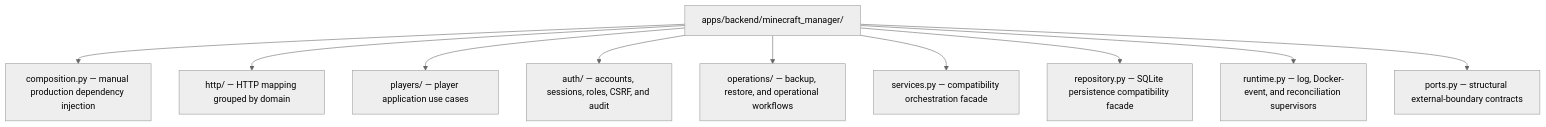
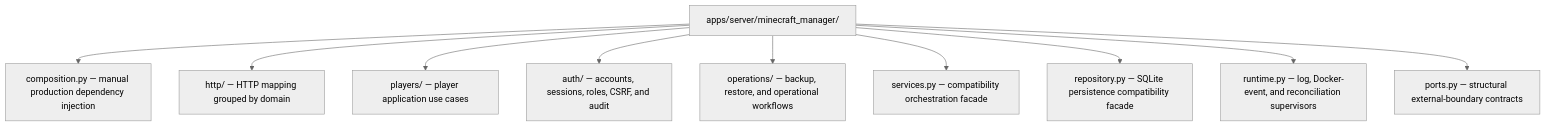
Before and after one commit to dgaramos/craftcontrol: the fourth of 5 diagrams in README.md, drawn with Mermaid (neutral theme). The commit also changed other lines of this file and 214 other files, not shown here.

````diff
--- a/README.md
+++ b/README.md
@@ -132,12 +132,12 @@
 ```mermaid
 flowchart TD
-    manager["apps/backend/minecraft_manager/"] --> composition["composition.py — manual production dependency injection"]
+    manager["apps/server/minecraft_manager/"] --> composition["composition.py — manual production dependency injection"]
     manager --> http["http/ — HTTP mapping grouped by domain"]
     manager --> players["players/ — player application use cases"]
     manager --> auth["auth/ — accounts, sessions, roles, CSRF, and audit"]
     manager --> operations["operations/ — backup, restore, and operational workflows"]
     manager --> services["services.py — compatibility orchestration facade"]
     manager --> repository["repository.py — SQLite persistence compatibility facade"]
     manager --> runtime["runtime.py — log, Docker-event, and reconciliation supervisors"]
     manager --> ports["ports.py — structural external-boundary contracts"]
 ```
````
